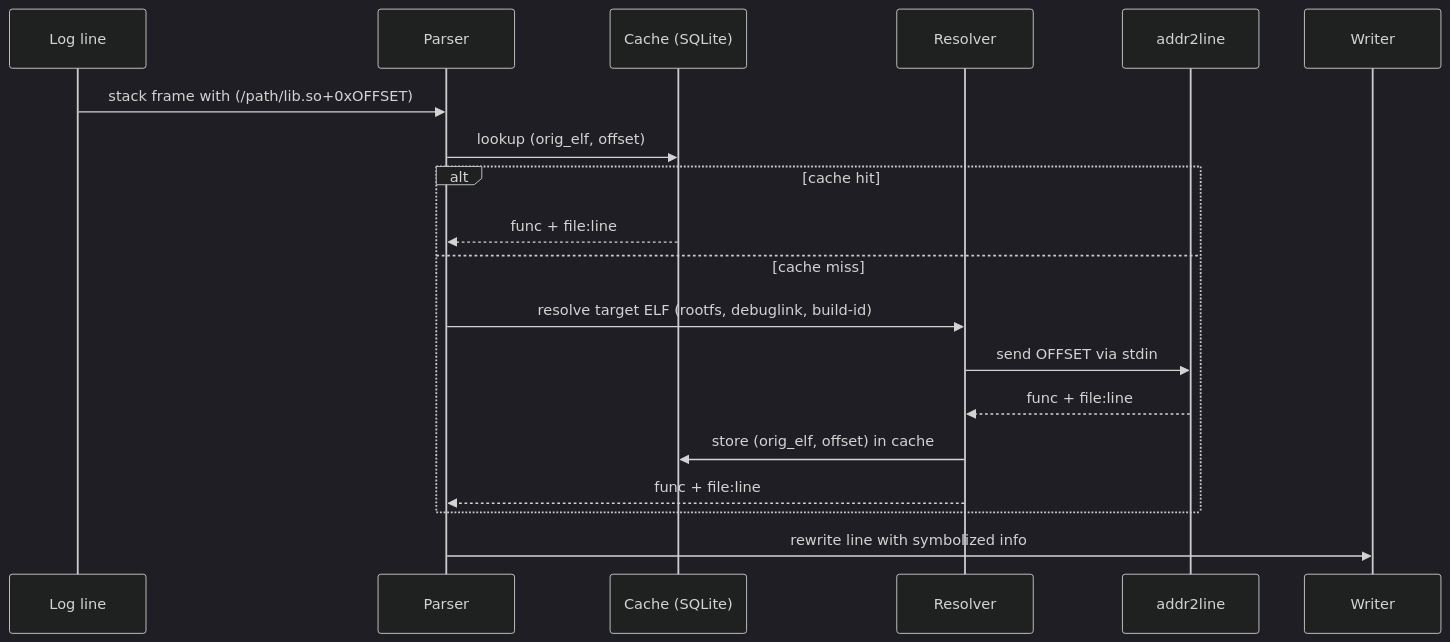
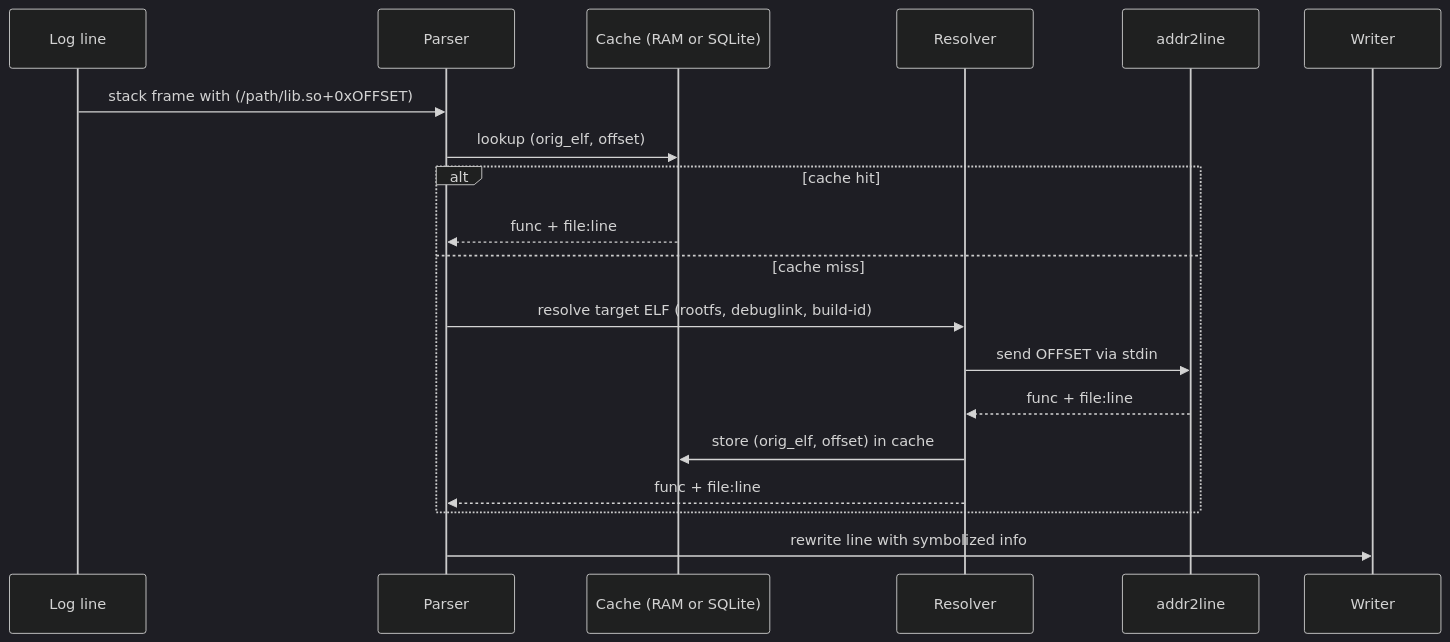
The second of 2 diagrams in README.md (juitem/qms), drawn with Mermaid (dark theme) before and after one commit. The commit also changed other lines of this file, not shown here.

````diff
--- a/README.md
+++ b/README.md
@@ -103,22 +103,22 @@
 ```mermaid
 sequenceDiagram
   participant L as Log line
   participant P as Parser
-  participant C as Cache (SQLite)
+  participant C as Cache (RAM or SQLite)
   participant R as Resolver
   participant A as addr2line
   participant W as Writer
 
   L->>P: stack frame with (/path/lib.so+0xOFFSET)
   P->>C: lookup (orig_elf, offset)
   alt cache hit
     C-->>P: func + file:line
   else cache miss
     P->>R: resolve target ELF (rootfs, debuglink, build-id)
     R->>A: send OFFSET via stdin
     A-->>R: func + file:line
     R->>C: store (orig_elf, offset) in cache
     R-->>P: func + file:line
   end
   P->>W: rewrite line with symbolized info
 ```
````
